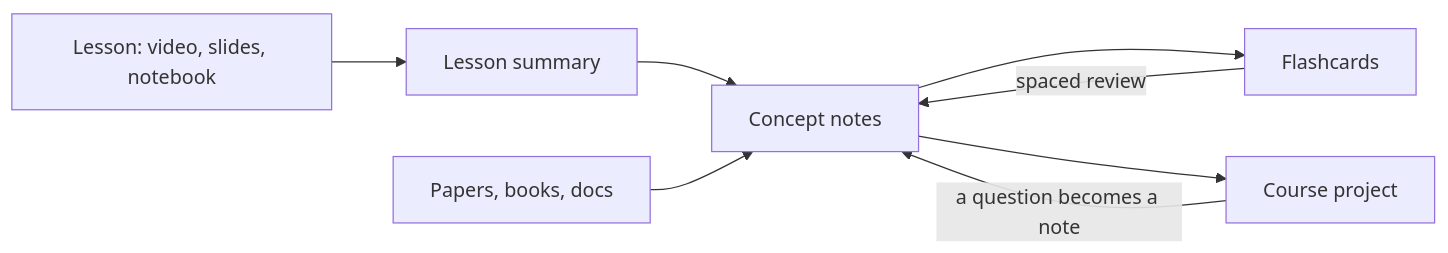
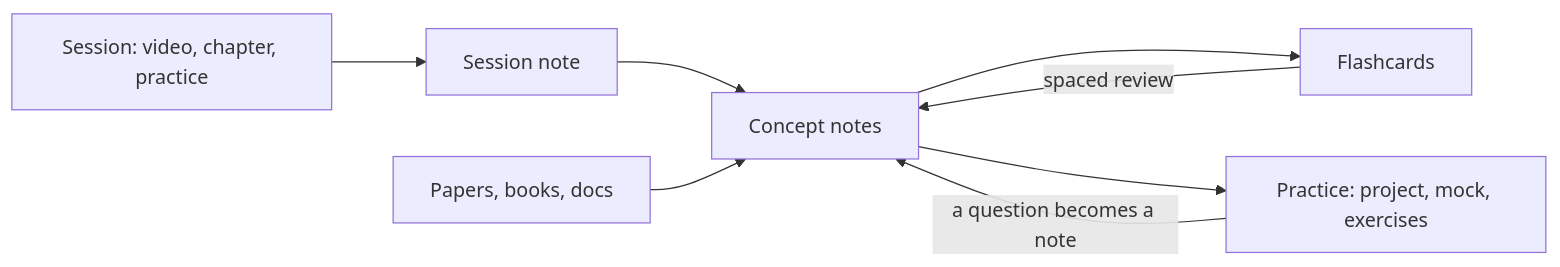
Before and after one commit to erikunha/vault-of-loci: the diagram in How_to_Study_with_this_Vault.md, drawn with Mermaid. The commit also changed other lines of this file and 60 other files, not shown here.

````diff
--- a/How_to_Study_with_this_Vault.md
+++ b/How_to_Study_with_this_Vault.md
@@ -11,10 +11,10 @@
 ```mermaid
 flowchart LR
-  A["Lesson: video, slides, notebook"] --> R["Lesson summary"]
+  A["Session: video, chapter, practice"] --> R["Session note"]
   R --> C["Concept notes"]
   L["Papers, books, docs"] --> C
   C --> F["Flashcards"]
-  C --> P["Course project"]
+  C --> P["Practice: project, mock, exercises"]
   F -->|"spaced review"| C
   P -->|"a question becomes a note"| C
 ```
````
